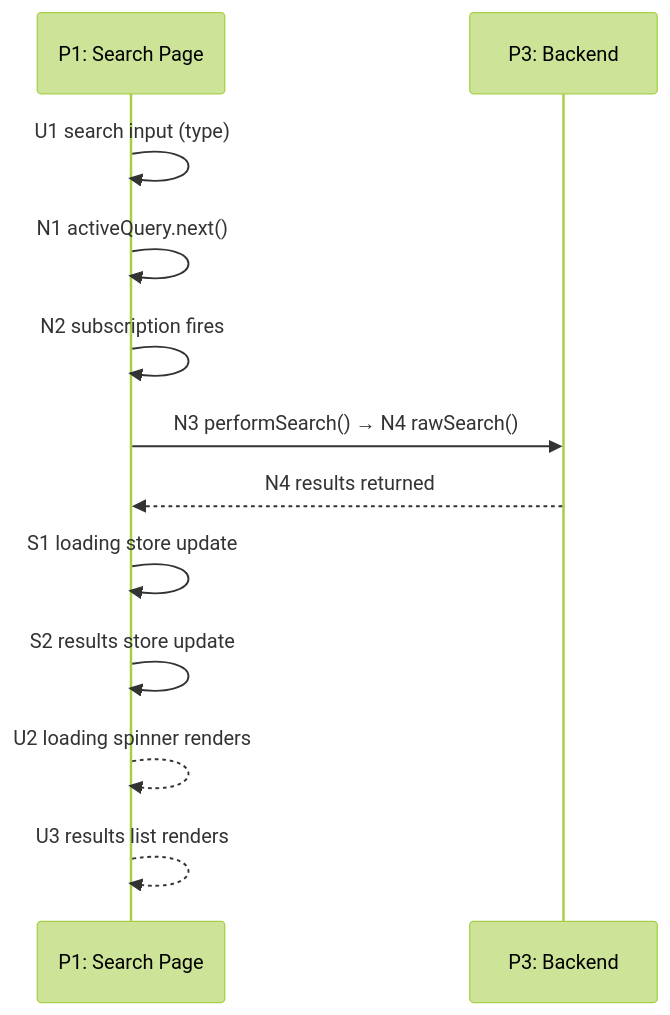
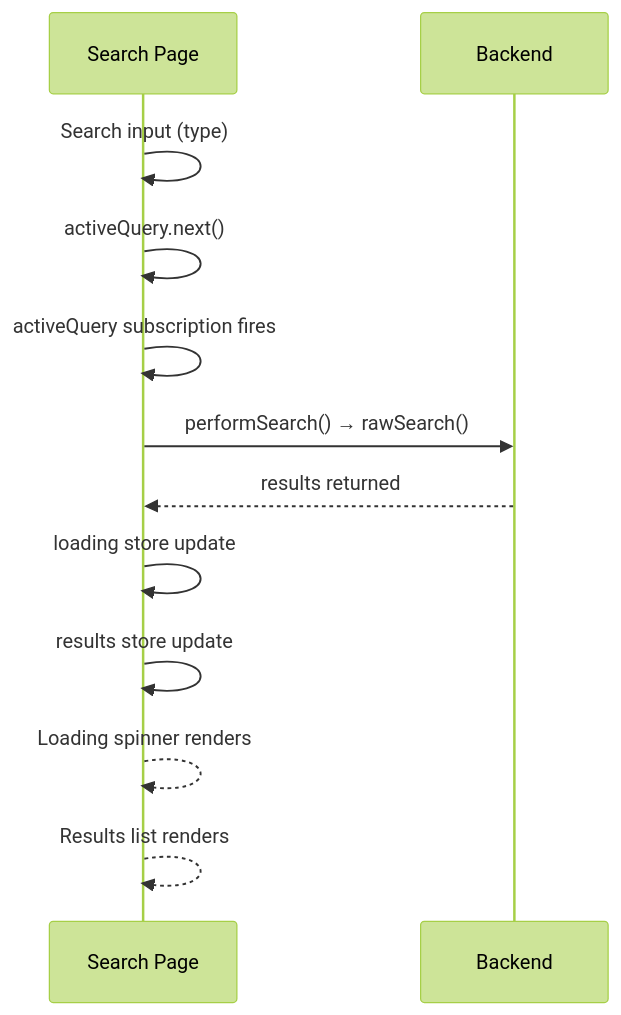
The second of 2 diagrams in breadboarding/SKILL.md (nosakhare/shaping-skills), drawn with Mermaid (forest theme) before and after one commit. The commit also changed other lines of this file and 4 other files, not shown here.

````diff
--- a/breadboarding/SKILL.md
+++ b/breadboarding/SKILL.md
@@ -255,15 +255,15 @@
 ```mermaid
 sequenceDiagram
-    participant P1 as P1: Search Page
-    participant P3 as P3: Backend
+    participant SP as Search Page
+    participant BE as Backend
 
-    P1->>P1: U1 search input (type)
-    P1->>P1: N1 activeQuery.next()
-    P1->>P1: N2 subscription fires
-    P1->>P3: N3 performSearch() → N4 rawSearch()
-    P3-->>P1: N4 results returned
-    P1->>P1: S1 loading store update
-    P1->>P1: S2 results store update
-    P1-->>P1: U2 loading spinner renders
-    P1-->>P1: U3 results list renders
+    SP->>SP: Search input (type)
+    SP->>SP: activeQuery.next()
+    SP->>SP: activeQuery subscription fires
+    SP->>BE: performSearch() → rawSearch()
+    BE-->>SP: results returned
+    SP->>SP: loading store update
+    SP->>SP: results store update
+    SP-->>SP: Loading spinner renders
+    SP-->>SP: Results list renders
 ```
````
